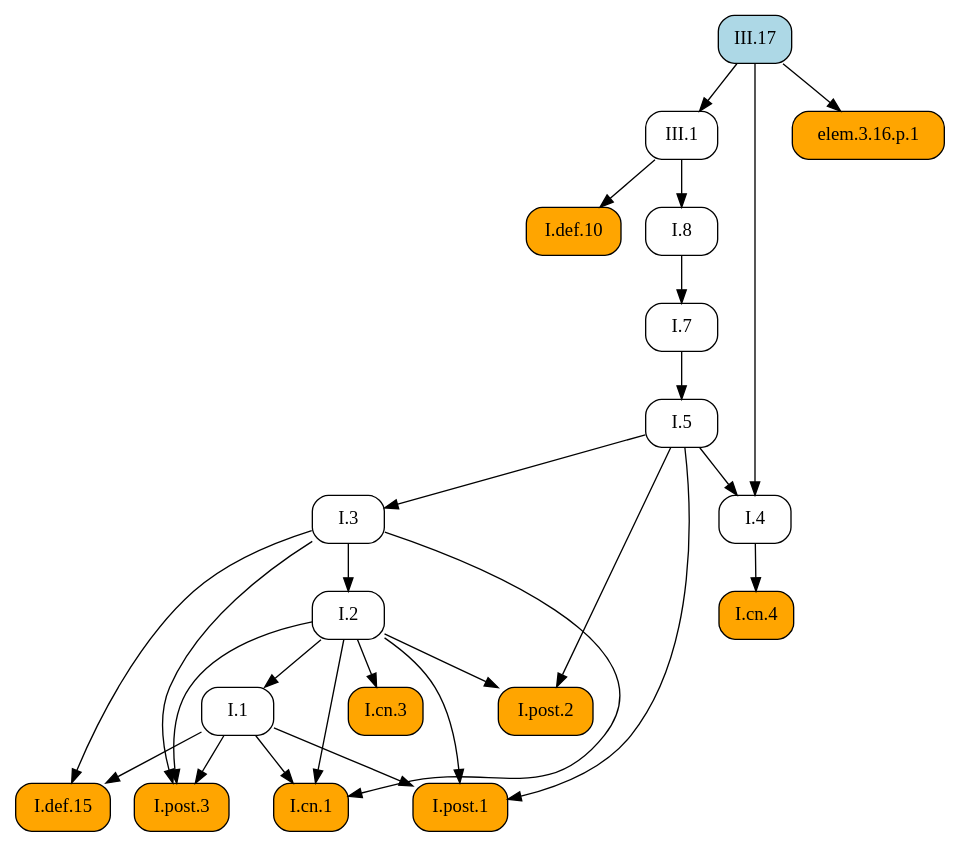
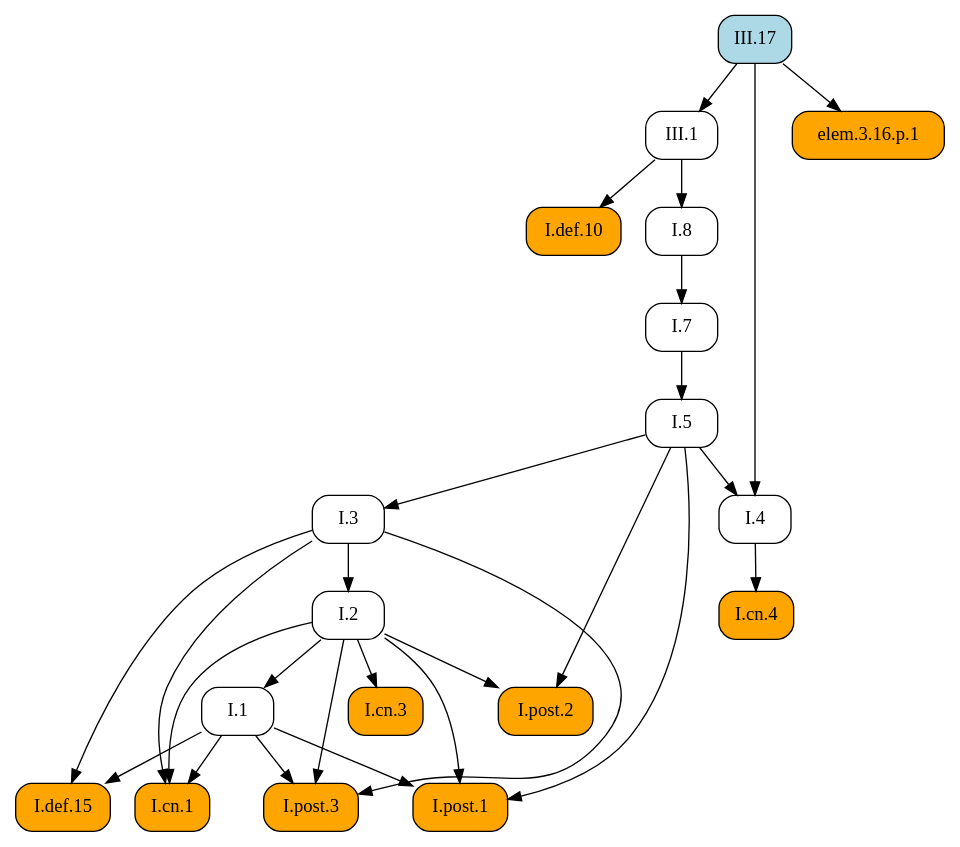
One commit to geometor/elements changed the diagram in docsrc/elements2/III/17/index.rst. Above: the diagram before and after it, drawn with Graphviz. The commit also changed other lines of this file and 409 other files, not shown here.

First line of the commit message:
feat: Add image cropping and graphic extraction script

```diff
--- a/docsrc/elements2/III/17/index.rst
+++ b/docsrc/elements2/III/17/index.rst
@@ -64,50 +64,50 @@
 .. graphviz::
 
    digraph {
      rankdir="TB";
      node [shape=box, style=rounded];
+     "I.def.15" [style="rounded,filled", fillcolor=orange, URL="/elements2/I/def.15/", target="_top"];
+     "I.def.10" [style="rounded,filled", fillcolor=orange, URL="/elements2/I/def.10/", target="_top"];
      "I.8" [URL="/elements2/I/8/", target="_top"];
+     "I.5" [URL="/elements2/I/5/", target="_top"];
+     "I.3" [URL="/elements2/I/3/", target="_top"];
+     "I.cn.3" [style="rounded,filled", fillcolor=orange, URL="/elements2/I/cn.3/", target="_top"];
+     "I.cn.1" [style="rounded,filled", fillcolor=orange, URL="/elements2/I/cn.1/", target="_top"];
+     "elem.3.16.p.1" [style="rounded,filled", fillcolor=orange];
+     "I.post.3" [style="rounded,filled", fillcolor=orange, URL="/elements2/I/post.3/", target="_top"];
+     "I.4" [URL="/elements2/I/4/", target="_top"];
+     "I.7" [URL="/elements2/I/7/", target="_top"];
+     "III.17" [style="rounded,filled", fillcolor=lightblue, URL="/elements2/III/17/", target="_top"];
+     "I.post.1" [style="rounded,filled", fillcolor=orange, URL="/elements2/I/post.1/", target="_top"];
+     "I.2" [URL="/elements2/I/2/", target="_top"];
+     "I.cn.4" [style="rounded,filled", fillcolor=orange, URL="/elements2/I/cn.4/", target="_top"];
      "I.1" [URL="/elements2/I/1/", target="_top"];
-     "I.cn.4" [style="rounded,filled", fillcolor=orange, URL="/elements2/I/cn.4/", target="_top"];
-     "I.cn.3" [style="rounded,filled", fillcolor=orange, URL="/elements2/I/cn.3/", target="_top"];
-     "I.7" [URL="/elements2/I/7/", target="_top"];
-     "I.post.1" [style="rounded,filled", fillcolor=orange, URL="/elements2/I/post.1/", target="_top"];
-     "III.17" [style="rounded,filled", fillcolor=lightblue, URL="/elements2/III/17/", target="_top"];
-     "I.5" [URL="/elements2/I/5/", target="_top"];
-     "I.cn.1" [style="rounded,filled", fillcolor=orange, URL="/elements2/I/cn.1/", target="_top"];
-     "I.def.10" [style="rounded,filled", fillcolor=orange, URL="/elements2/I/def.10/", target="_top"];
-     "I.2" [URL="/elements2/I/2/", target="_top"];
-     "elem.3.16.p.1" [style="rounded,filled", fillcolor=orange];
-     "I.def.15" [style="rounded,filled", fillcolor=orange, URL="/elements2/I/def.15/", target="_top"];
-     "I.4" [URL="/elements2/I/4/", target="_top"];
      "III.1" [URL="/elements2/III/1/", target="_top"];
-     "I.3" [URL="/elements2/I/3/", target="_top"];
      "I.post.2" [style="rounded,filled", fillcolor=orange, URL="/elements2/I/post.2/", target="_top"];
-     "I.post.3" [style="rounded,filled", fillcolor=orange, URL="/elements2/I/post.3/", target="_top"];
+     "I.1" -> "I.def.15";
+     "I.3" -> "I.def.15";
+     "III.1" -> "I.def.10";
      "III.1" -> "I.8";
-     "I.2" -> "I.1";
-     "I.4" -> "I.cn.4";
+     "I.7" -> "I.5";
+     "I.5" -> "I.3";
      "I.2" -> "I.cn.3";
+     "I.1" -> "I.cn.1";
+     "I.2" -> "I.cn.1";
+     "I.3" -> "I.cn.1";
+     "III.17" -> "elem.3.16.p.1";
+     "I.1" -> "I.post.3";
+     "I.2" -> "I.post.3";
+     "I.3" -> "I.post.3";
+     "I.5" -> "I.4";
+     "III.17" -> "I.4";
      "I.8" -> "I.7";
      "I.1" -> "I.post.1";
      "I.2" -> "I.post.1";
      "I.5" -> "I.post.1";
-     "I.7" -> "I.5";
-     "I.1" -> "I.cn.1";
-     "I.2" -> "I.cn.1";
-     "I.3" -> "I.cn.1";
-     "III.1" -> "I.def.10";
      "I.3" -> "I.2";
-     "III.17" -> "elem.3.16.p.1";
-     "I.1" -> "I.def.15";
-     "I.3" -> "I.def.15";
-     "I.5" -> "I.4";
-     "III.17" -> "I.4";
+     "I.4" -> "I.cn.4";
+     "I.2" -> "I.1";
      "III.17" -> "III.1";
-     "I.5" -> "I.3";
      "I.2" -> "I.post.2";
      "I.5" -> "I.post.2";
-     "I.1" -> "I.post.3";
-     "I.2" -> "I.post.3";
-     "I.3" -> "I.post.3";
    }
```
